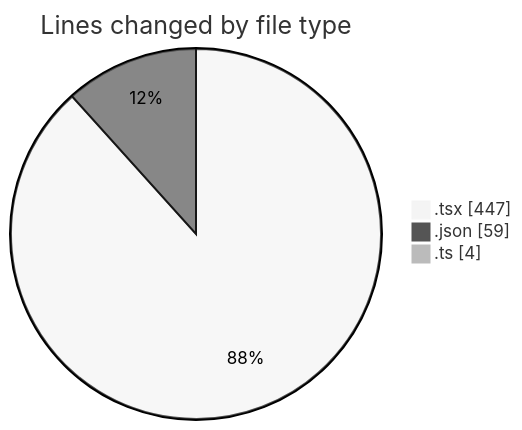
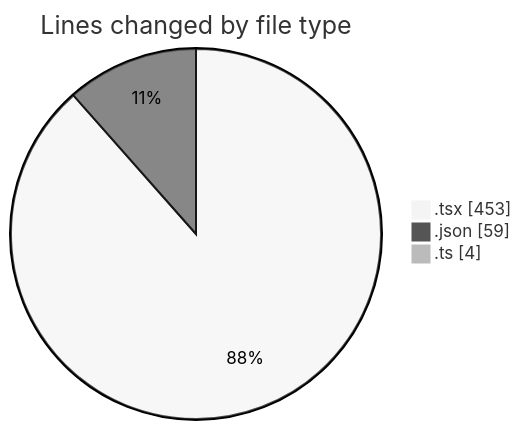
Before and after one commit to momahboobian/code-tracking: the first of 2 diagrams in 2025-11-24/cda/README.md, drawn with Mermaid (neutral theme). The commit also changed other lines of this file and 1 other file, not shown here.

````diff
--- a/2025-11-24/cda/README.md
+++ b/2025-11-24/cda/README.md
@@ -23,7 +23,7 @@
 ```mermaid
 pie showData
 title Lines changed by file type
-".tsx" : 447
+".tsx" : 453
 ".json" : 59
 ".ts" : 4
 ```
````
